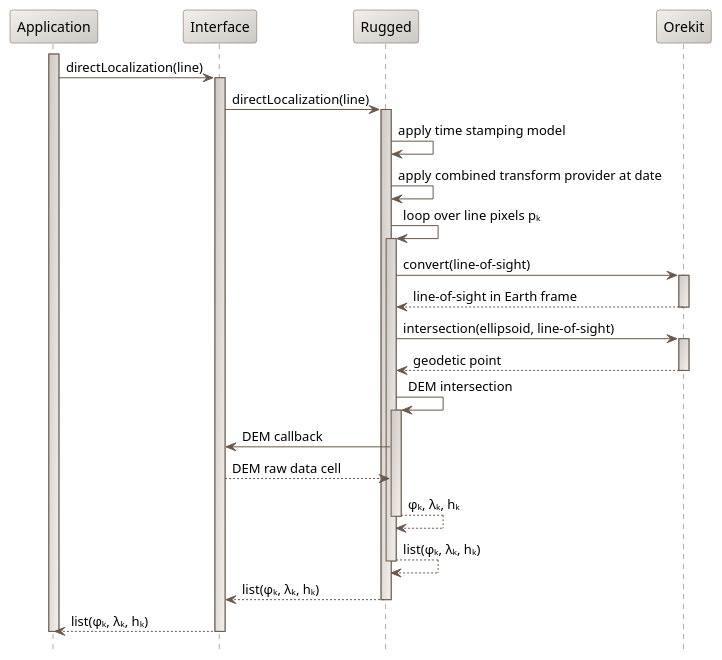
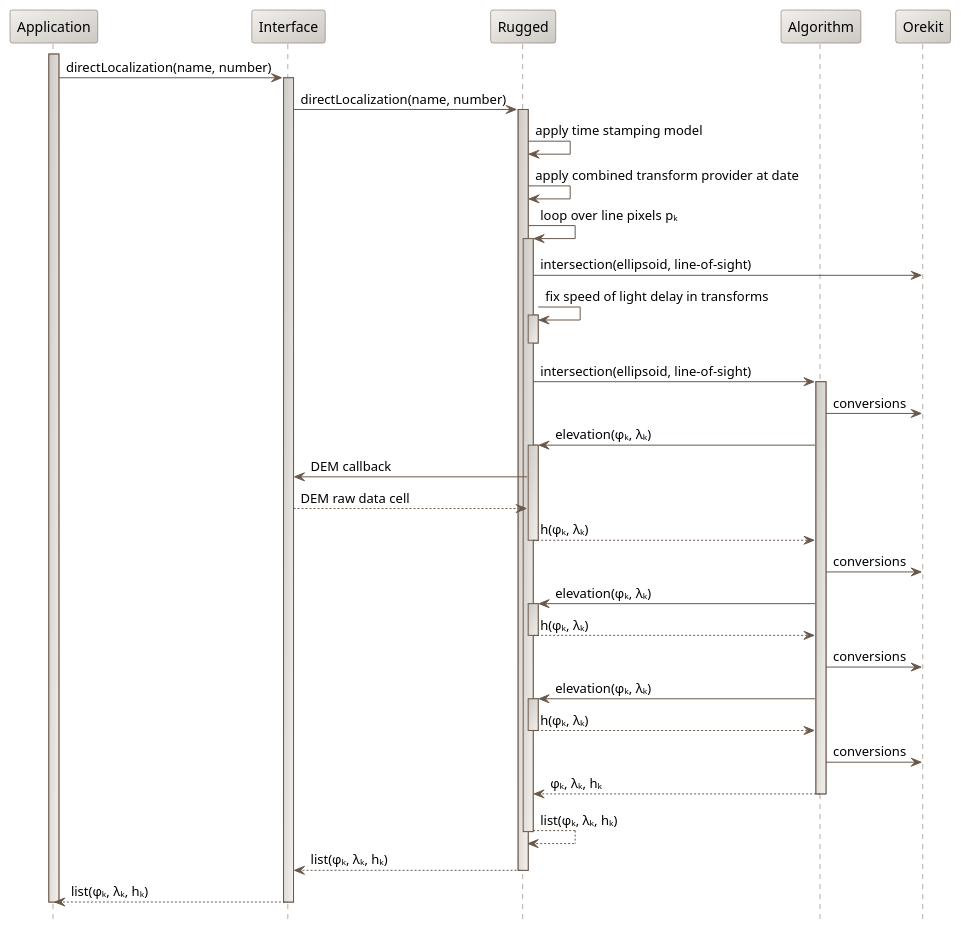
One commit to CS-SI/Rugged changed the diagram in design/direct-localization-sequence-diagram.puml. Above: the diagram before and after it, drawn with PlantUML. The commit also changed 5 other files, not shown here.

```diff
--- a/design/direct-localization-sequence-diagram.puml
+++ b/design/direct-localization-sequence-diagram.puml
@@ -17,54 +17,67 @@
 @startuml
 
   skinparam svek                                true
   skinparam NoteBackgroundColor                 #F3EFEB
   skinparam NoteBorderColor                     #691616
   skinparam NoteFontColor                       #691616
   skinparam SequenceActorBorderColor            #6A584B
   skinparam SequenceParticipantBackgroundColor  #F3EFEB/CCC9C5
   skinparam SequenceParticipantBorderColor      #6A584B
   skinparam SequenceLifeLineBackgroundColor     #CCC9C5/F3EFEB
   skinparam SequenceLifeLineBorderColor         #6A584B
   skinparam SequenceArrowColor                  #6A584B
   skinparam SequenceBorderColor                 #6A584B
   skinparam SequenceFontSize                    11
 
   hide footbox
 
   participant "Application" as A
   participant "Interface" as I
   participant "Rugged" as R
+  participant "Algorithm" as G
   participant "Orekit" as O
 
   activate A
-  A  -> I : directLocalization(line)
+  A  -> I : directLocalization(name, number)
      activate I
-       I  -> R : directLocalization(line)
+       I  -> R : directLocalization(name, number)
        activate R
          R -> R : apply time stamping model
          R -> R : apply combined transform provider at date
          R -> R : loop over line pixels pₖ
          activate R
-           R -> O : convert(line-of-sight)
-           activate O
-             O --> R : line-of-sight in Earth frame
-           deactivate O
            R -> O : intersection(ellipsoid, line-of-sight)
-           activate O
-             O --> R : geodetic point
-           deactivate O
-           R -> R : DEM intersection
+           R -> R : fix speed of light delay in transforms
            activate R
-              R -> I : DEM callback
-              I --> R : DEM raw data cell
-              R --> R : φₖ, λₖ, hₖ
            deactivate R
-            R --> R : list(φₖ, λₖ, hₖ)
+           R -> G : intersection(ellipsoid, line-of-sight)
+           activate G
+             G -> O  : conversions
+             G -> R : elevation(φₖ, λₖ)
+             activate R
+               R -> I : DEM callback
+               I --> R : DEM raw data cell
+               R --> G : h(φₖ, λₖ)
+             deactivate R
+             G -> O  : conversions
+             G -> R : elevation(φₖ, λₖ)
+             activate R
+               R --> G : h(φₖ, λₖ)
+             deactivate R
+             G -> O  : conversions
+             G -> R : elevation(φₖ, λₖ)
+             activate R
+               R --> G : h(φₖ, λₖ)
+             deactivate R
+             G -> O  : conversions
+             G --> R : φₖ, λₖ, hₖ
+           deactivate G
+           R --> R : list(φₖ, λₖ, hₖ)
          deactivate R
          R --> I : list(φₖ, λₖ, hₖ)
        deactivate R
        I  --> A : list(φₖ, λₖ, hₖ)
      deactivate I
   deactivate A
 
 @enduml
```
